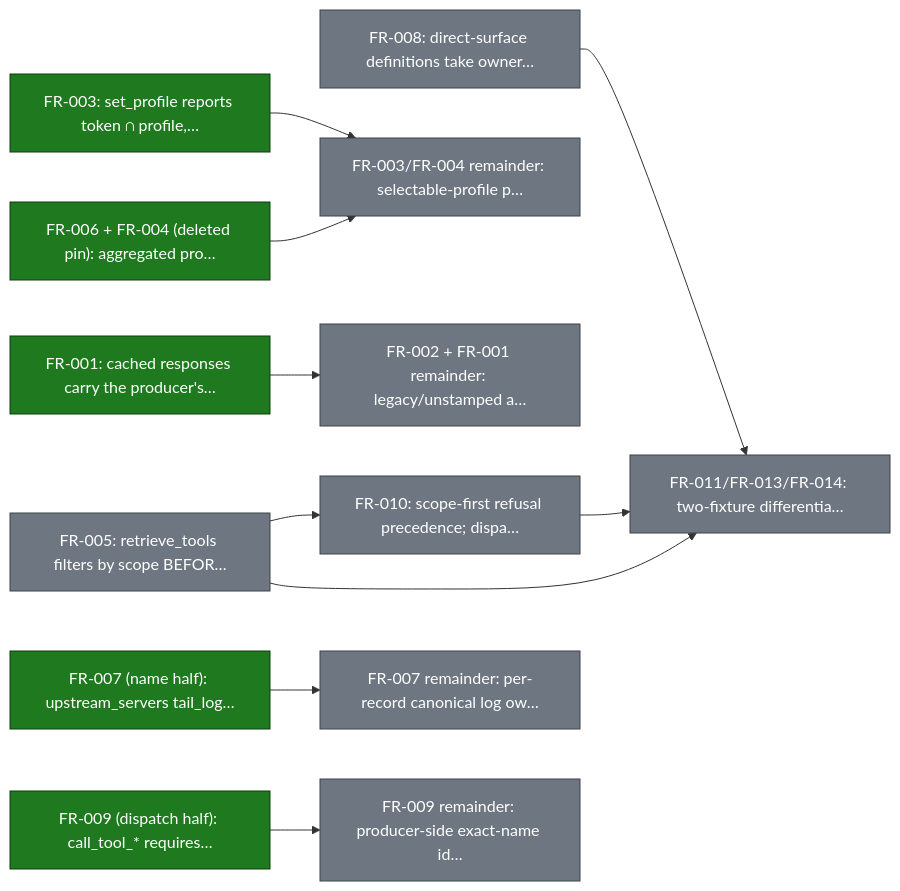
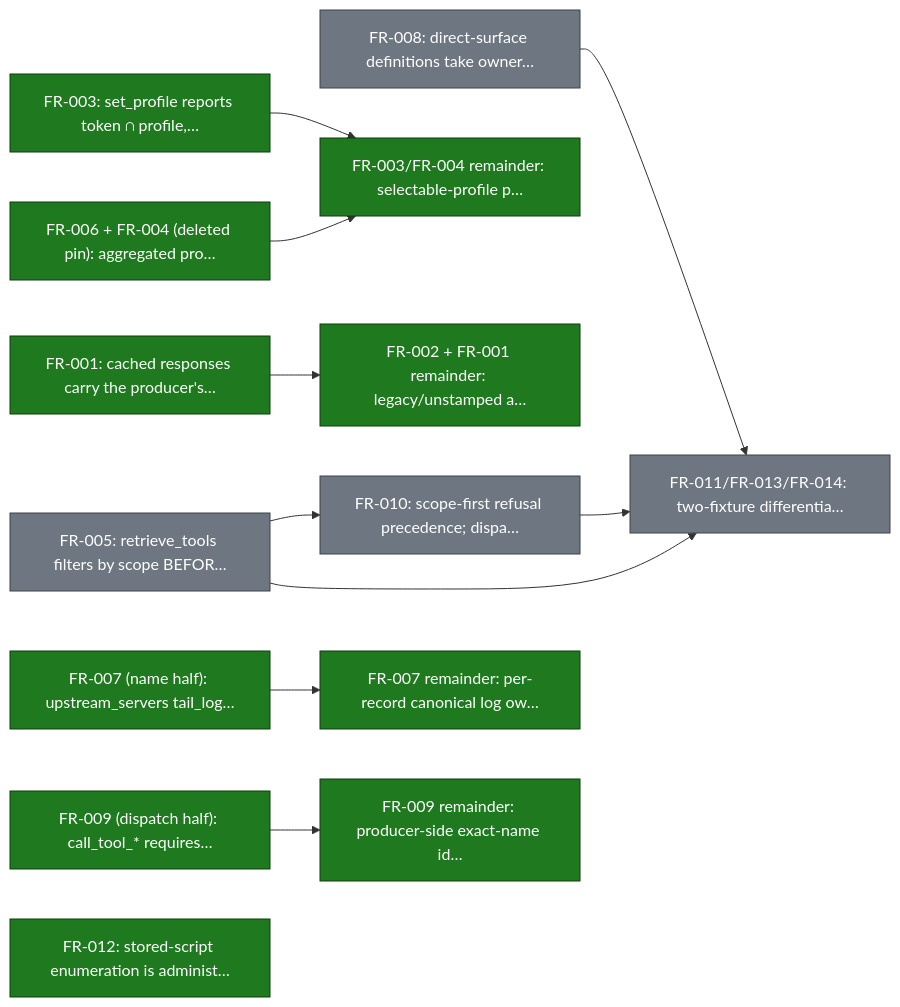
The fifth of 24 diagrams in ROADMAP.md (smart-mcp-proxy/mcpproxy-go), drawn with Mermaid before and after one commit. The commit also changed other lines of this file and 3 other files, not shown here.

First line of the commit message:
docs: sync CHANGELOG, roadmap.yaml and spec 107 tasks.md with merged main

````diff
--- a/ROADMAP.md
+++ b/ROADMAP.md
@@ -216,31 +216,32 @@
 ```mermaid
 graph LR
   scope_fix_target_tier["FR-009 (dispatch half): call_tool_* requires…"]
   scope_fix_tail_log["FR-007 (name half): upstream_servers tail_log…"]
   scope_fix_set_profile["FR-003: set_profile reports token ∩ profile,…"]
   scope_fix_read_cache["FR-001: cached responses carry the producer's…"]
   scope_fix_prompts_profile_url["FR-006 + FR-004 (deleted pin): aggregated pro…"]
   scope_retrieve_tools["FR-005: retrieve_tools filters by scope BEFOR…"]
   scope_direct_publication["FR-008: direct-surface definitions take owner…"]
   scope_refusal_shapes["FR-010: scope-first refusal precedence; dispa…"]
   scope_selectable_profile_predicate["FR-003/FR-004 remainder: selectable-profile p…"]
   scope_cache_legacy_invalidation["FR-002 + FR-001 remainder: legacy/unstamped a…"]
   scope_log_attribution["FR-007 remainder: per-record canonical log ow…"]
   scope_target_identity_producers["FR-009 remainder: producer-side exact-name id…"]
+  scope_fix_stored_script_admin["FR-012: stored-script enumeration is administ…"]
   scope_regression_suite["FR-011/FR-013/FR-014: two-fixture differentia…"]
 
   scope_retrieve_tools --> scope_refusal_shapes
   scope_fix_set_profile --> scope_selectable_profile_predicate
   scope_fix_prompts_profile_url --> scope_selectable_profile_predicate
   scope_fix_read_cache --> scope_cache_legacy_invalidation
   scope_fix_tail_log --> scope_log_attribution
   scope_fix_target_tier --> scope_target_identity_producers
   scope_retrieve_tools --> scope_regression_suite
   scope_direct_publication --> scope_regression_suite
   scope_refusal_shapes --> scope_regression_suite
 
   classDef done fill:#1f7a1f,stroke:#0d3d0d,color:#ffffff;
   classDef todo fill:#6e7781,stroke:#3d4248,color:#ffffff;
-  class scope_fix_target_tier,scope_fix_tail_log,scope_fix_set_profile,scope_fix_read_cache,scope_fix_prompts_profile_url done;
-  class scope_retrieve_tools,scope_direct_publication,scope_refusal_shapes,scope_selectable_profile_predicate,scope_cache_legacy_invalidation,scope_log_attribution,scope_target_identity_producers,scope_regression_suite todo;
+  class scope_fix_target_tier,scope_fix_tail_log,scope_fix_set_profile,scope_fix_read_cache,scope_fix_prompts_profile_url,scope_selectable_profile_predicate,scope_cache_legacy_invalidation,scope_log_attribution,scope_target_identity_producers,scope_fix_stored_script_admin done;
+  class scope_retrieve_tools,scope_direct_publication,scope_refusal_shapes,scope_regression_suite todo;
 ```
````
